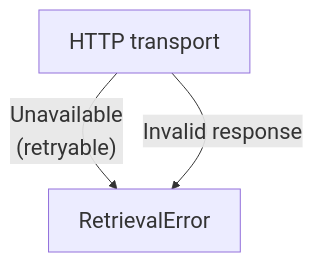
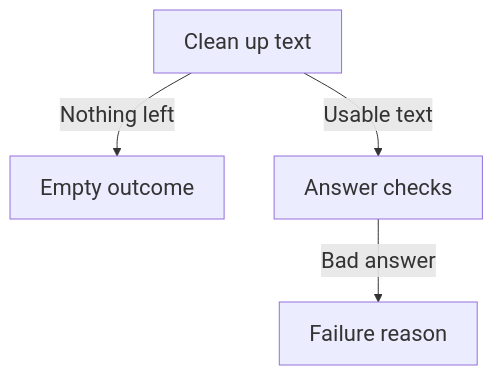
One commit to Justin-Mendoza/Afterclass changed the third of 4 diagrams in maps/retrieval/README.md. Above: the diagram before and after it, drawn with Mermaid. The commit also changed other lines of this file and 91 other files, not shown here.

````diff
--- a/maps/retrieval/README.md
+++ b/maps/retrieval/README.md
@@ -134,8 +92,11 @@
 ```mermaid
 %%{init: {"themeVariables": {"fontSize": "22px"}}}%%
 flowchart TD
-  n0["HTTP transport"]
-  n1["RetrievalError"]
-  n0 -->|"Unavailable<br/>(retryable)"| n1
-  n0 -->|"Invalid response"| n1
+  n0["Clean up text"]
+  n1["Empty outcome"]
+  n2["Answer checks"]
+  n3["Failure reason"]
+  n0 -->|"Nothing left"| n1
+  n0 -->|"Usable text"| n2
+  n2 -->|"Bad answer"| n3
 ```
````
